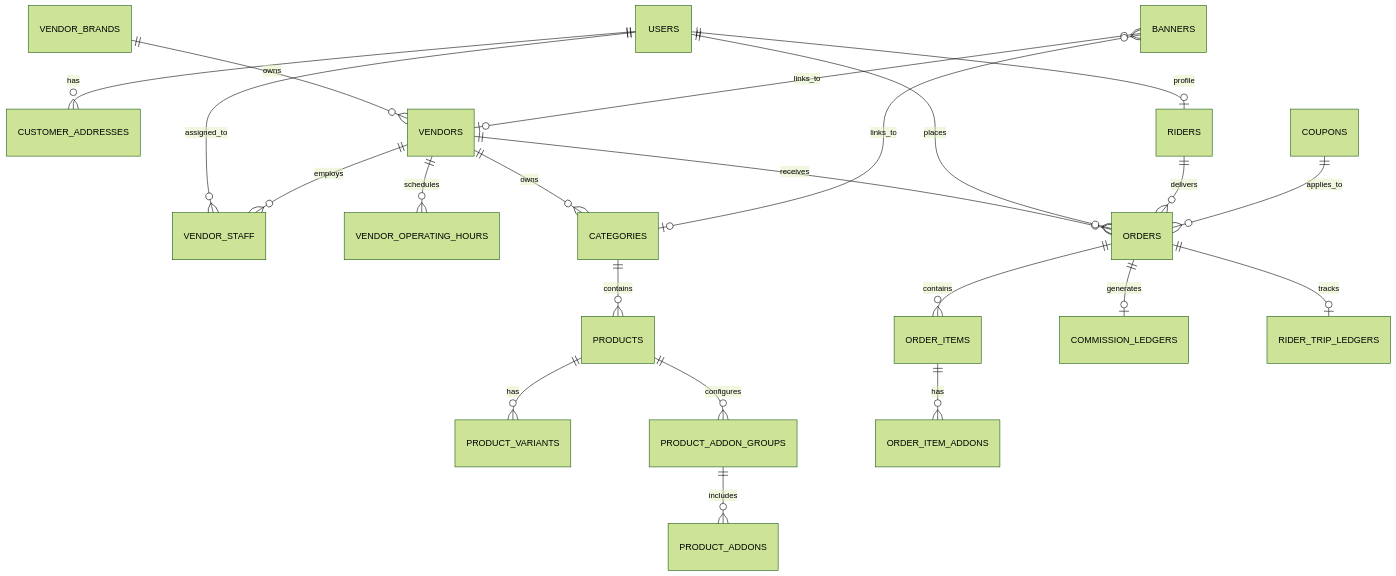
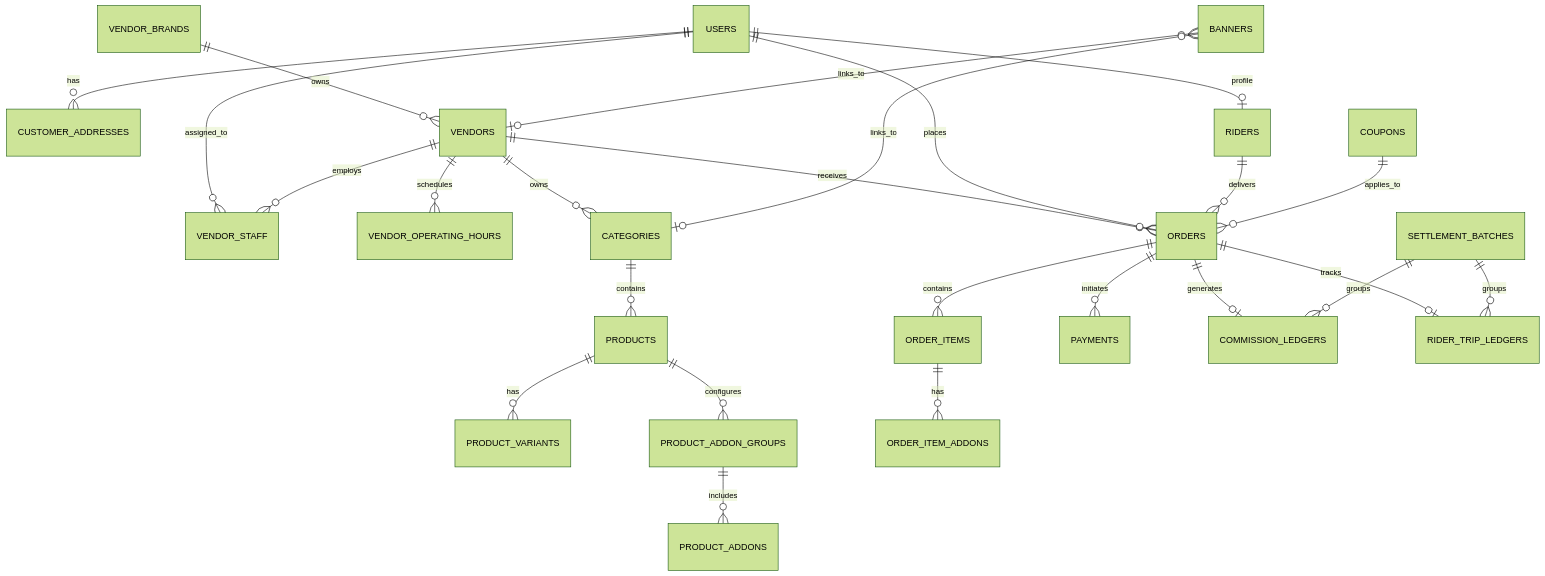
Before and after one commit to ihjohny/DeliveryOS: the diagram in context_docs/technical-implementation-documents/02-database-schema-and-data-models.md, drawn with Mermaid (forest theme). The commit also changed 48 other files, not shown here.

First line of the commit message:
feat(payments): implement online payment gateways, payment-gated dispatch, customer address book, and settlement engine (Phase 3)

````diff
--- a/context_docs/technical-implementation-documents/02-database-schema-and-data-models.md
+++ b/context_docs/technical-implementation-documents/02-database-schema-and-data-models.md
@@ -11,28 +11,31 @@
 ```mermaid
 erDiagram
     USERS ||--o{ CUSTOMER_ADDRESSES : has
     USERS ||--o| RIDERS : profile
     USERS ||--o{ VENDOR_STAFF : assigned_to
 
     VENDOR_BRANDS ||--o{ VENDORS : owns
     VENDORS ||--o{ VENDOR_STAFF : employs
     VENDORS ||--o{ VENDOR_OPERATING_HOURS : schedules
     VENDORS ||--o{ CATEGORIES : owns
     CATEGORIES ||--o{ PRODUCTS : contains
     PRODUCTS ||--o{ PRODUCT_VARIANTS : has
     PRODUCTS ||--o{ PRODUCT_ADDON_GROUPS : configures
     PRODUCT_ADDON_GROUPS ||--o{ PRODUCT_ADDONS : includes
 
     VENDORS ||--o{ ORDERS : receives
     USERS ||--o{ ORDERS : places
     RIDERS ||--o{ ORDERS : delivers
     COUPONS ||--o{ ORDERS : applies_to
     ORDERS ||--o{ ORDER_ITEMS : contains
     ORDER_ITEMS ||--o{ ORDER_ITEM_ADDONS : has
+    ORDERS ||--o{ PAYMENTS : initiates
 
     ORDERS ||--o| COMMISSION_LEDGERS : generates
     ORDERS ||--o| RIDER_TRIP_LEDGERS : tracks
+    SETTLEMENT_BATCHES ||--o{ COMMISSION_LEDGERS : groups
+    SETTLEMENT_BATCHES ||--o{ RIDER_TRIP_LEDGERS : groups
 
     BANNERS }o--o| VENDORS : links_to
     BANNERS }o--o| CATEGORIES : links_to
 ```
````
